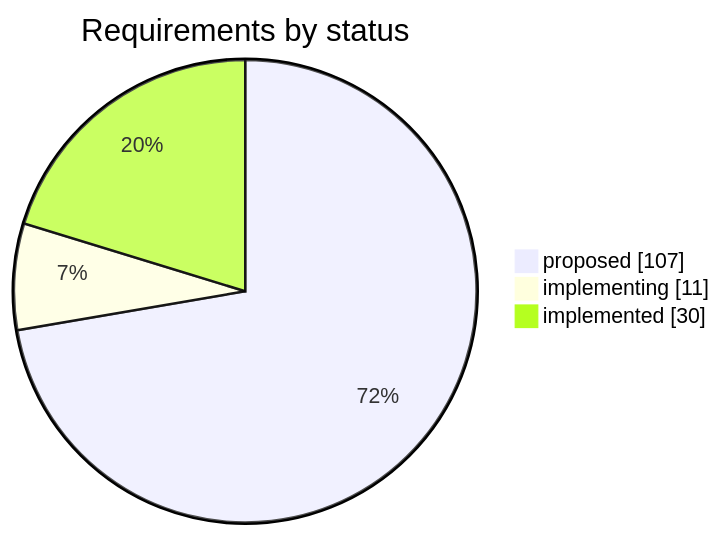
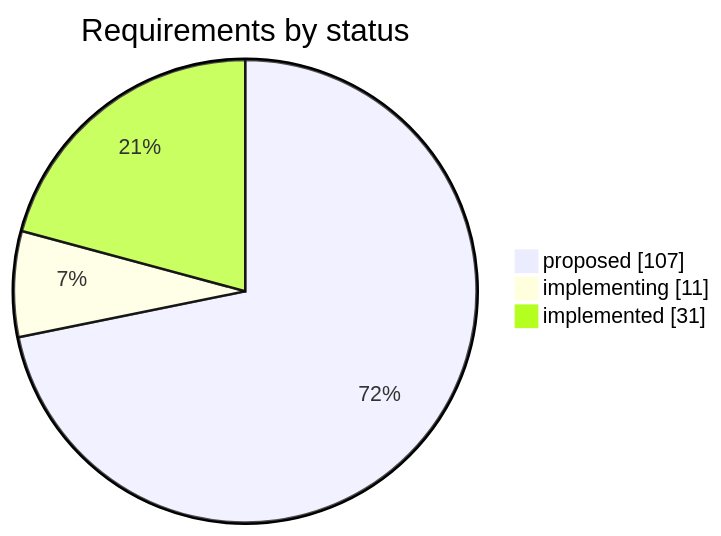
Before and after one commit to iammaxsu/automatic-testing-architecture: the first of 2 diagrams in STATUS.md, drawn with Mermaid. The commit also changed other lines of this file and 9 other files, not shown here.

````diff
--- a/STATUS.md
+++ b/STATUS.md
@@ -25,6 +25,6 @@
 ```mermaid
 pie showData title Requirements by status
     "proposed" : 107
     "implementing" : 11
-    "implemented" : 30
+    "implemented" : 31
 ```
````
